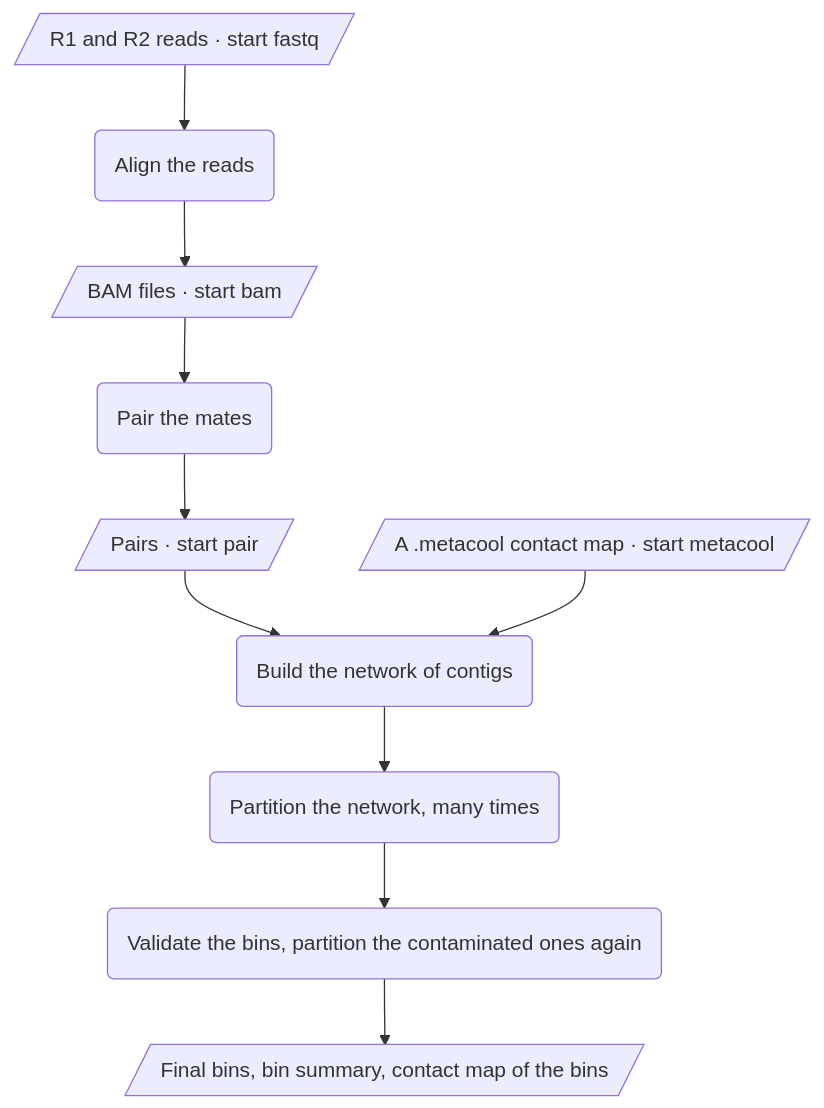
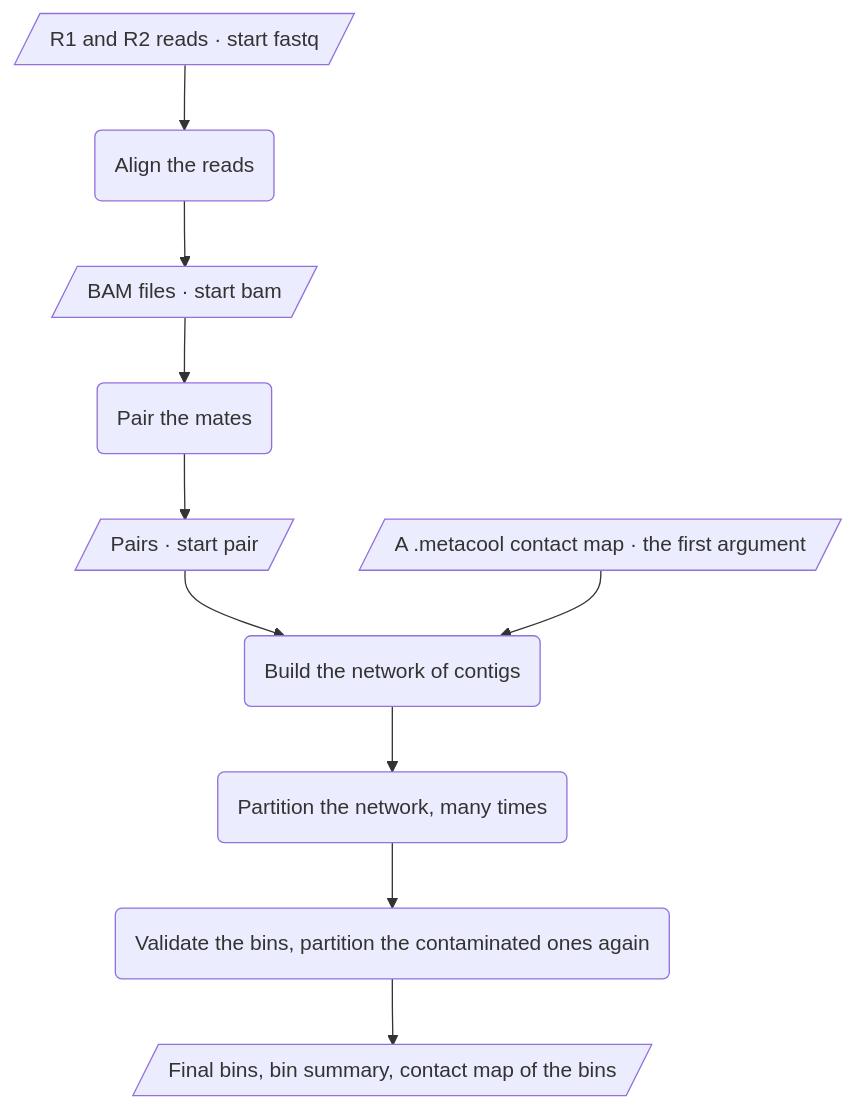
One commit to koszullab/metaTOR changed the diagram in docs/concepts.md. Above: the diagram before and after it, drawn with Mermaid. The commit also changed other lines of this file and 15 other files, not shown here.

First line of the commit message:
Take the map as the first argument of network and pipeline (#67)

````diff
--- a/docs/concepts.md
+++ b/docs/concepts.md
@@ -24,21 +25,21 @@
 ```mermaid
 ---
 config:
   flowchart:
     wrappingWidth: 400
 ---
 flowchart TD
     reads[/"R1 and R2 reads · start fastq"/]
     align("Align the reads")
     bams[/"BAM files · start bam"/]
     pair("Pair the mates")
     pairs[/"Pairs · start pair"/]
-    map[/"A .metacool contact map · start metacool"/]
+    map[/"A .metacool contact map · the first argument"/]
     network("Build the network of contigs")
     partition("Partition the network, many times")
     validation("Validate the bins, partition the contaminated ones again")
     bins[/"Final bins, bin summary, contact map of the bins"/]
     reads --> align --> bams --> pair --> pairs --> network
     map --> network
     network --> partition --> validation --> bins
 ```
````
